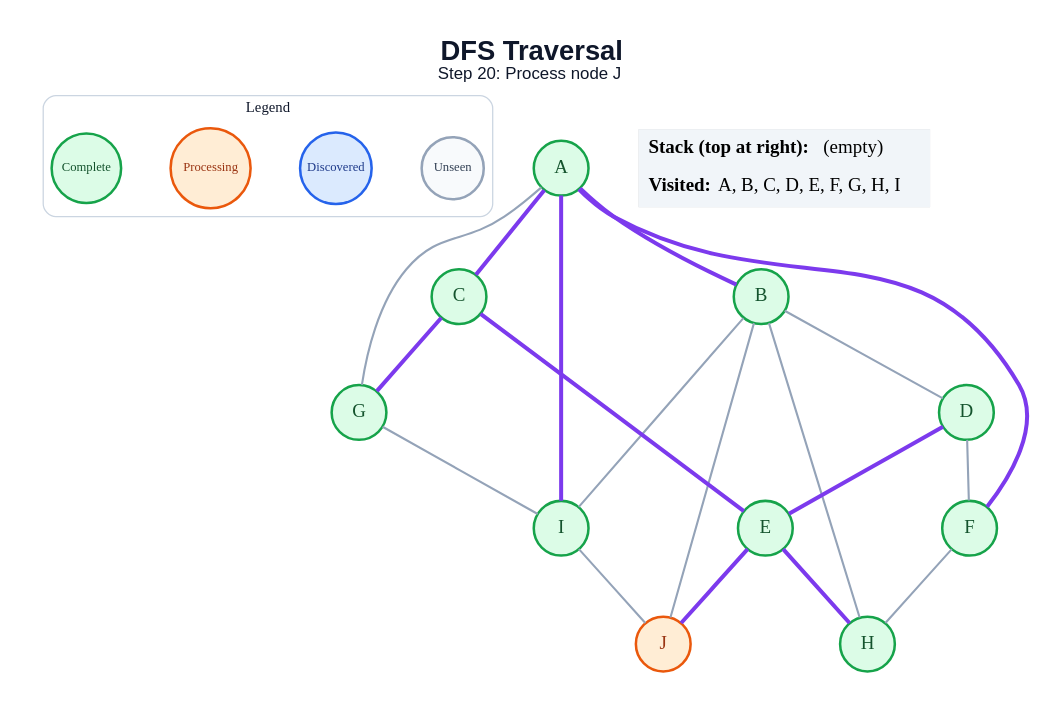
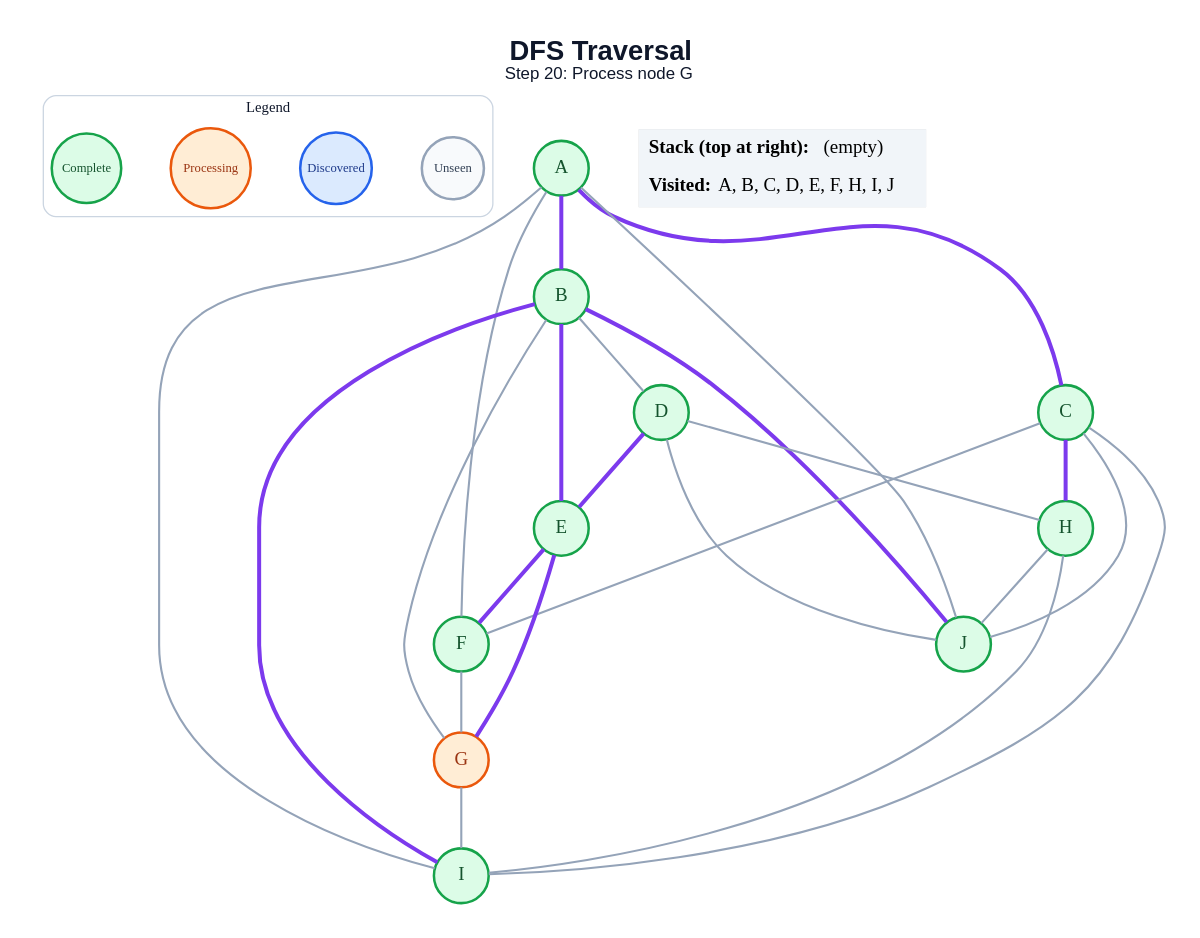
One commit to amanghodawala9/ai-slop changed the diagram in generated/specific-node/dfs/step_20.dot. Above: the diagram before and after it, drawn with Graphviz. The commit also changed 178 other files, not shown here.

```diff
--- a/generated/specific-node/dfs/step_20.dot
+++ b/generated/specific-node/dfs/step_20.dot
@@ -1,47 +1,52 @@
 graph traversal {
   graph [layout=dot, rankdir=TB, bgcolor="#FFFFFF", pad="0.35", nodesep="0.65", ranksep="0.8", fontname="Arial"];
   node [shape=circle, style="filled", fontname="Arial Bold", fontsize=18, width=0.72, fixedsize=true, penwidth=2.4];
   edge [color="#94A3B8", penwidth=2.0];
-  label=<<B>DFS Traversal</B><BR/><FONT POINT-SIZE="16">Step 20: Process node J</FONT>>; labelloc="t"; fontsize=26; fontname="Arial"; fontcolor="#0F172A";
+  label=<<B>DFS Traversal</B><BR/><FONT POINT-SIZE="16">Step 20: Process node G</FONT>>; labelloc="t"; fontsize=26; fontname="Arial"; fontcolor="#0F172A";
   subgraph cluster_legend { label="Legend"; color="#CBD5E1"; penwidth=1.2; style="rounded"; fontsize=14; fontname="Arial Bold";
     key_unseen [label="Unseen", fillcolor="#F8FAFC", color="#94A3B8", fontcolor="#334155", fontsize=12, width=0.82];
     key_frontier [label="Discovered", fillcolor="#DBEAFE", color="#2563EB", fontcolor="#1E3A8A", fontsize=12, width=0.95];
     key_current [label="Processing", fillcolor="#FFEDD5", color="#EA580C", fontcolor="#9A3412", fontsize=12, width=1.05];
     key_done [label="Complete", fillcolor="#DCFCE7", color="#16A34A", fontcolor="#14532D", fontsize=12, width=0.92];
     { rank=same; key_unseen; key_frontier; key_current; key_done; }
   }
   A [fillcolor="#DCFCE7", color="#16A34A", fontcolor="#14532D"];
   B [fillcolor="#DCFCE7", color="#16A34A", fontcolor="#14532D"];
   C [fillcolor="#DCFCE7", color="#16A34A", fontcolor="#14532D"];
   D [fillcolor="#DCFCE7", color="#16A34A", fontcolor="#14532D"];
   E [fillcolor="#DCFCE7", color="#16A34A", fontcolor="#14532D"];
   F [fillcolor="#DCFCE7", color="#16A34A", fontcolor="#14532D"];
-  G [fillcolor="#DCFCE7", color="#16A34A", fontcolor="#14532D"];
+  G [fillcolor="#FFEDD5", color="#EA580C", fontcolor="#9A3412"];
   H [fillcolor="#DCFCE7", color="#16A34A", fontcolor="#14532D"];
   I [fillcolor="#DCFCE7", color="#16A34A", fontcolor="#14532D"];
-  J [fillcolor="#FFEDD5", color="#EA580C", fontcolor="#9A3412"];
+  J [fillcolor="#DCFCE7", color="#16A34A", fontcolor="#14532D"];
   A -- B [color="#7C3AED", penwidth=3.8];
   A -- C [color="#7C3AED", penwidth=3.8];
-  A -- F [color="#7C3AED", penwidth=3.8];
-  A -- G;
-  A -- I [color="#7C3AED", penwidth=3.8];
+  A -- F;
+  A -- I;
+  A -- J;
   B -- D;
-  B -- H;
-  B -- I;
-  B -- J;
-  C -- E [color="#7C3AED", penwidth=3.8];
-  C -- G [color="#7C3AED", penwidth=3.8];
+  B -- E [color="#7C3AED", penwidth=3.8];
+  B -- G;
+  B -- I [color="#7C3AED", penwidth=3.8];
+  B -- J [color="#7C3AED", penwidth=3.8];
+  C -- F;
+  C -- H [color="#7C3AED", penwidth=3.8];
+  C -- I;
+  C -- J;
   D -- E [color="#7C3AED", penwidth=3.8];
-  D -- F;
-  E -- H [color="#7C3AED", penwidth=3.8];
-  E -- J [color="#7C3AED", penwidth=3.8];
-  F -- H;
+  D -- H;
+  D -- J;
+  E -- F [color="#7C3AED", penwidth=3.8];
+  E -- G [color="#7C3AED", penwidth=3.8];
+  F -- G;
   G -- I;
-  I -- J;
+  H -- I;
+  H -- J;
   status [shape=plain, fixedsize=false, width=0, height=0, margin=0, label=<
     <TABLE BORDER="0" CELLBORDER="0" CELLPADDING="7" BGCOLOR="#F1F5F9">
       <TR><TD ALIGN="LEFT"><B>Stack (top at right):</B> (empty)</TD></TR>
-      <TR><TD ALIGN="LEFT"><B>Visited:</B> A, B, C, D, E, F, G, H, I</TD></TR>
+      <TR><TD ALIGN="LEFT"><B>Visited:</B> A, B, C, D, E, F, H, I, J</TD></TR>
     </TABLE>
   >];
 }
```
